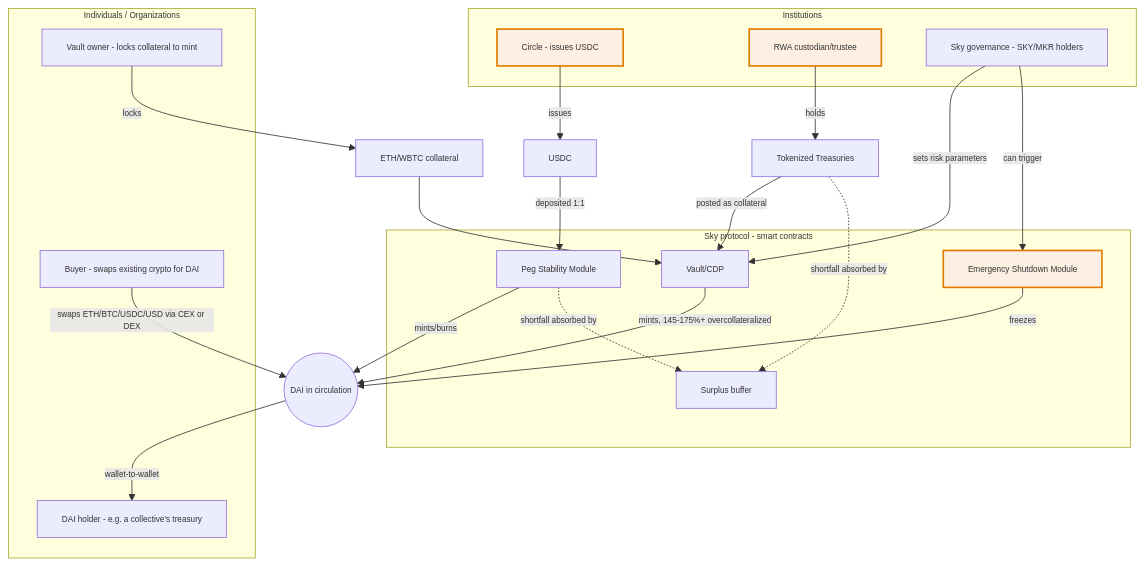
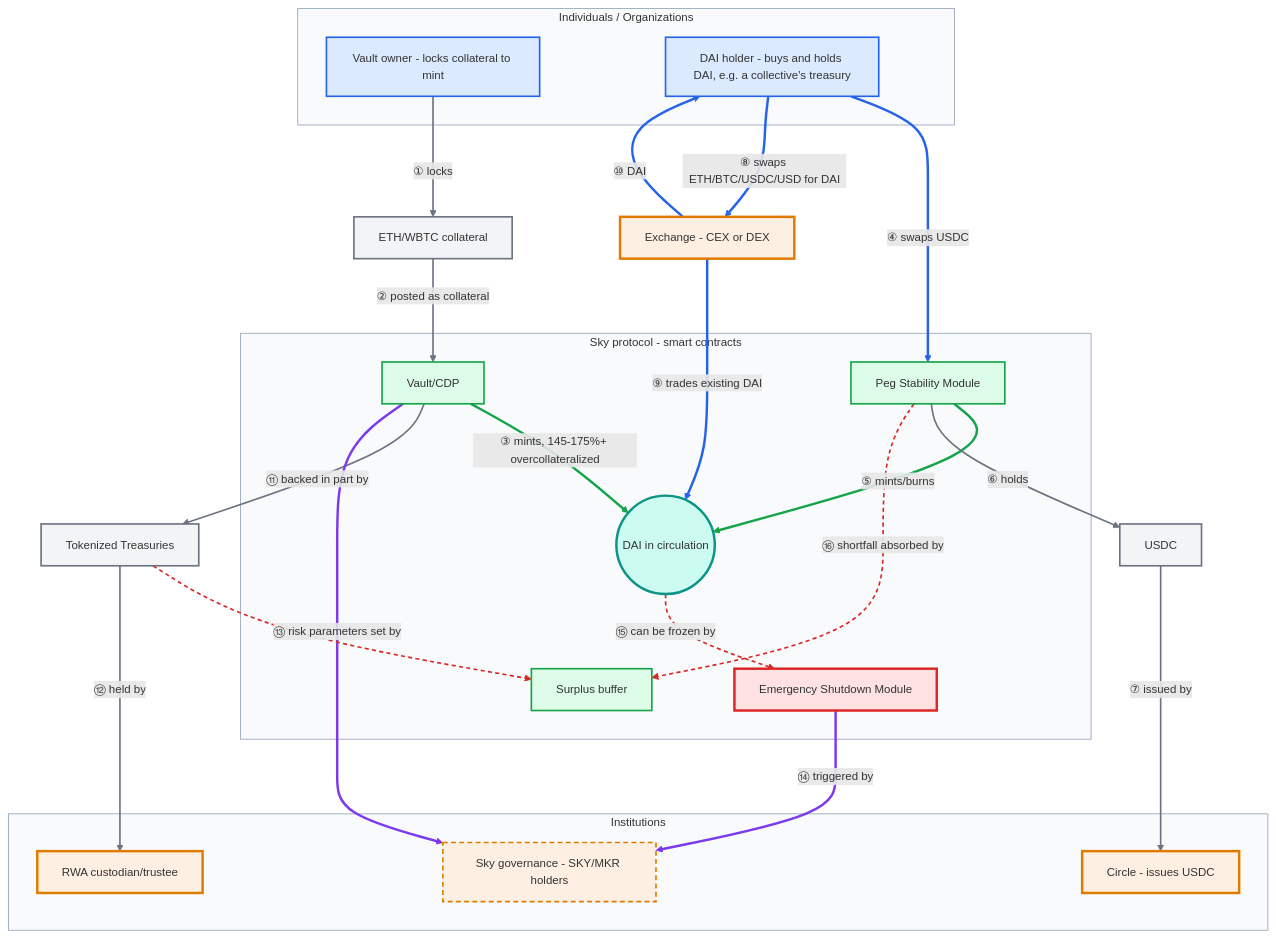
Before and after one commit to doikayt/admin: the fifth of 5 diagrams in governance/commons-hub-pattern.md, drawn with Mermaid. The commit also changed other lines of this file, not shown here.

First line of the commit message:
docs: rework DAI diagram layout, add color key and numbered walkthrough

````diff
--- a/governance/commons-hub-pattern.md
+++ b/governance/commons-hub-pattern.md
@@ -1669,50 +1669,76 @@
 ```mermaid
-%%{init: {"themeVariables": {"fontSize": "10px"}}}%%
+%%{init: {"themeVariables": {"fontSize": "14px"}, "flowchart": {"nodeSpacing": 50, "rankSpacing": 70}}}%%
 flowchart TD
+    subgraph USERS["Individuals / Organizations"]
+        VaultOwner[Vault owner - locks collateral to mint]
+        Holder[DAI holder - buys and holds DAI, e.g. a collective's treasury]
+    end
+
+    Exchange[Exchange - CEX or DEX]
+    ETHCollat[ETH/WBTC collateral]
+
+    subgraph PROTO["Sky protocol - smart contracts"]
+        DAISupply((DAI in circulation))
+        PSM[Peg Stability Module]
+        Vault[Vault/CDP]
+        ESM[Emergency Shutdown Module]
+        Buffer[Surplus buffer]
+    end
+
+    USDC[USDC]
+    RWA[Tokenized Treasuries]
+
     subgraph INST["Institutions"]
         Circle[Circle - issues USDC]
         RWACustodian[RWA custodian/trustee]
         Governance[Sky governance - SKY/MKR holders]
     end
 
-    subgraph PROTO["Sky protocol - smart contracts"]
-        Vault[Vault/CDP]
-        PSM[Peg Stability Module]
-        ESM[Emergency Shutdown Module]
-        Buffer[Surplus buffer]
-    end
+    VaultOwner -- "① locks" --> ETHCollat
+    ETHCollat -- "② posted as collateral" --> Vault
+    Vault -- "③ mints, 145-175%+ overcollateralized" --> DAISupply
 
-    subgraph USERS["Individuals / Organizations"]
-        VaultOwner[Vault owner - locks collateral to mint]
-        Trader[Buyer - swaps existing crypto for DAI]
-        Holder[DAI holder - e.g. a collective's treasury]
-    end
+    Holder -- "④ swaps USDC" --> PSM
+    PSM -- "⑤ mints/burns" --> DAISupply
+    PSM -- "⑥ holds" --> USDC
+    USDC -- "⑦ issued by" --> Circle
 
-    ETHCollat[ETH/WBTC collateral]
-    USDC[USDC]
-    RWA[Tokenized Treasuries]
-    DAISupply((DAI in circulation))
+    Holder -- "⑧ swaps ETH/BTC/USDC/USD for DAI" --> Exchange
+    Exchange -- "⑨ trades existing DAI" --> DAISupply
+    Exchange -- "⑩ DAI" --> Holder
 
-    VaultOwner -- locks --> ETHCollat
-    ETHCollat --> Vault
-    Vault -- mints, 145-175%+ overcollateralized --> DAISupply
+    Vault -- "⑪ backed in part by" --> RWA
+    RWA -- "⑫ held by" --> RWACustodian
 
-    Circle -- issues --> USDC
-    USDC -- deposited 1:1 --> PSM
-    PSM -- mints/burns --> DAISupply
+    Vault -- "⑬ risk parameters set by" --> Governance
+    ESM -- "⑭ triggered by" --> Governance
 
-    RWACustodian -- holds --> RWA
-    RWA -- posted as collateral --> Vault
+    DAISupply -- "⑮ can be frozen by" --> ESM
+    PSM -.->|"⑯ shortfall absorbed by"| Buffer
+    RWA -.-> Buffer
 
-    Trader -- swaps ETH/BTC/USDC/USD via CEX or DEX --> DAISupply
-    DAISupply -- wallet-to-wallet --> Holder
+    classDef user fill:#dbeafe,stroke:#2563eb,stroke-width:2px
+    classDef code fill:#dcfce7,stroke:#16a34a,stroke-width:2px
+    classDef asset fill:#f3f4f6,stroke:#6b7280,stroke-width:2px
+    classDef token fill:#ccfbf1,stroke:#0d9488,stroke-width:3px
+    classDef cutoff fill:#fdf0e3,stroke:#e07b00,stroke-width:3px
+    classDef legal fill:#fdf0e3,stroke:#e07b00,stroke-width:2px,stroke-dasharray:6 4
+    classDef breaker fill:#fee2e2,stroke:#dc2626,stroke-width:3px
+    class VaultOwner,Holder user
+    class Vault,PSM,Buffer code
+    class ETHCollat,USDC,RWA asset
+    class DAISupply token
+    class Circle,RWACustodian,Exchange cutoff
+    class Governance legal
+    class ESM breaker
 
-    Governance -- sets risk parameters --> Vault
-    Governance -- can trigger --> ESM
-    ESM -- freezes --> DAISupply
-    PSM -.->|shortfall absorbed by| Buffer
-    RWA -.->|shortfall absorbed by| Buffer
+    style USERS fill:#f8fafc,stroke:#94a3b8
+    style PROTO fill:#f8fafc,stroke:#94a3b8
+    style INST fill:#f8fafc,stroke:#94a3b8
 
-    classDef risk fill:#fdf0e3,stroke:#e07b00,stroke-width:2px
-    class Circle,RWACustodian,ESM risk
+    linkStyle 2,4 stroke:#16a34a,stroke-width:3px
+    linkStyle 3,7,8,9 stroke:#2563eb,stroke-width:3px
+    linkStyle 0,1,5,6,10,11 stroke:#6b7280,stroke-width:2px
+    linkStyle 12,13 stroke:#7c3aed,stroke-width:3px
+    linkStyle 14,15,16 stroke:#dc2626,stroke-width:2px,stroke-dasharray:5 4
 ```
````
